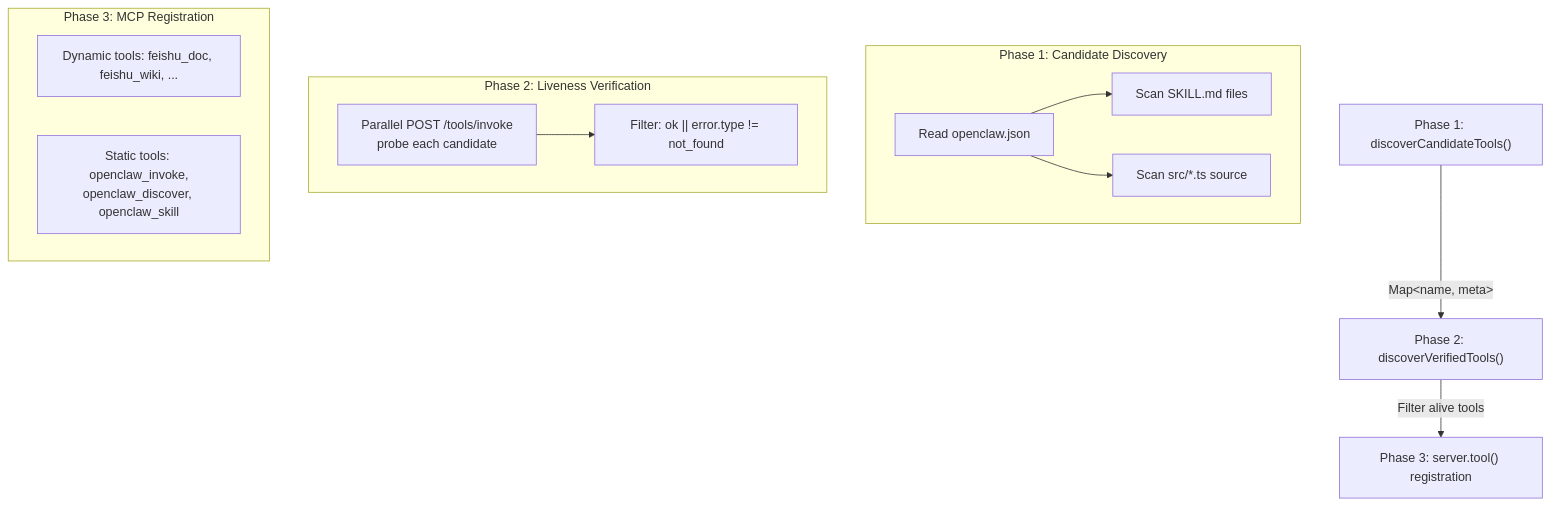
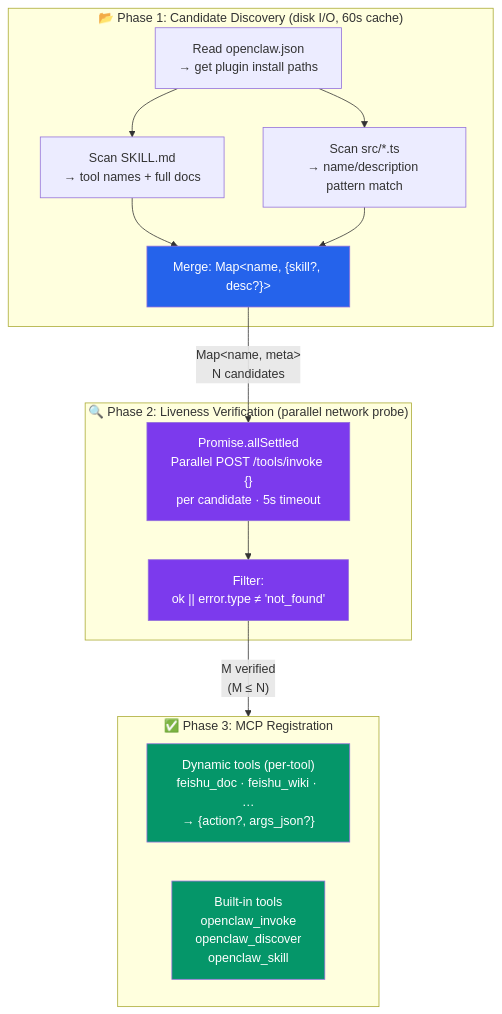
Before and after one commit to andeya/openclaw-cursor-bridge: the fourth of 10 diagrams in doc/technical-guide-en.md, drawn with Mermaid. The commit also changed other lines of this file and 8 other files, not shown here.

First line of the commit message:
docs: add openclaw_skill tool docs, progressive disclosure, and brand logos

````diff
--- a/doc/technical-guide-en.md
+++ b/doc/technical-guide-en.md
@@ -278,28 +344,29 @@
 ```mermaid
 flowchart TD
-    Phase1["Phase 1: discoverCandidateTools()"]
-    Phase2["Phase 2: discoverVerifiedTools()"]
-    Phase3["Phase 3: server.tool() registration"]
-
-    Phase1 -->|"Map&lt;name, meta&gt;"| Phase2
-    Phase2 -->|"Filter alive tools"| Phase3
-
-    subgraph p1 ["Phase 1: Candidate Discovery"]
-        ReadConfig["Read openclaw.json"]
-        ScanSkills["Scan SKILL.md files"]
-        ScanSource["Scan src/*.ts source"]
-        ReadConfig --> ScanSkills
-        ReadConfig --> ScanSource
+    subgraph p1 ["📂 Phase 1: Candidate Discovery (disk I/O, 60s cache)"]
+        ReadConfig["Read openclaw.json\n→ get plugin install paths"] --> ScanSkills["Scan SKILL.md\n→ tool names + full docs"]
+        ReadConfig --> ScanSource["Scan src/*.ts\n→ name/description pattern match"]
+        ScanSkills --> Merge["Merge: Map&lt;name, {skill?, desc?}&gt;"]
+        ScanSource --> Merge
     end
 
-    subgraph p2 ["Phase 2: Liveness Verification"]
-        Probe["Parallel POST /tools/invoke<br/>probe each candidate"]
-        Filter["Filter: ok || error.type != not_found"]
-        Probe --> Filter
+    subgraph p2 ["🔍 Phase 2: Liveness Verification (parallel network probe)"]
+        Probe["Promise.allSettled\nParallel POST /tools/invoke {}\nper candidate · 5s timeout"]
+        Probe --> Filter["Filter:\nok || error.type ≠ 'not_found'"]
     end
 
-    subgraph p3 ["Phase 3: MCP Registration"]
-        DynTools["Dynamic tools: feishu_doc, feishu_wiki, ..."]
-        StaticTools["Static tools: openclaw_invoke,<br/>openclaw_discover, openclaw_skill"]
+    subgraph p3 ["✅ Phase 3: MCP Registration"]
+        direction LR
+        DynTools["Dynamic tools (per-tool)\nfeishu_doc · feishu_wiki · …\n→ {action?, args_json?}"]
+        StaticTools["Built-in tools\nopenclaw_invoke\nopenclaw_discover\nopenclaw_skill"]
     end
+
+    Merge -->|"Map&lt;name, meta&gt;\nN candidates"| Probe
+    Filter -->|"M verified\n(M ≤ N)"| DynTools
+
+    style Merge fill:#2563eb,color:#fff
+    style Probe fill:#7c3aed,color:#fff
+    style Filter fill:#7c3aed,color:#fff
+    style DynTools fill:#059669,color:#fff
+    style StaticTools fill:#059669,color:#fff
 ```
````
